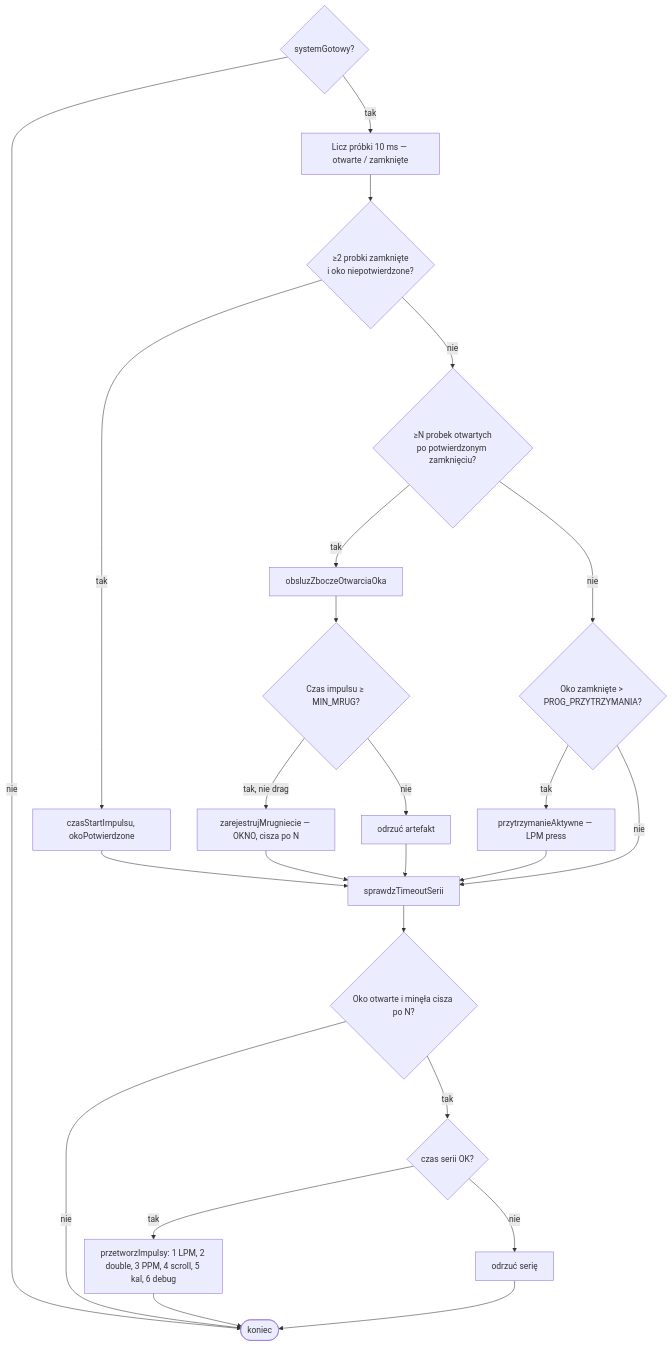
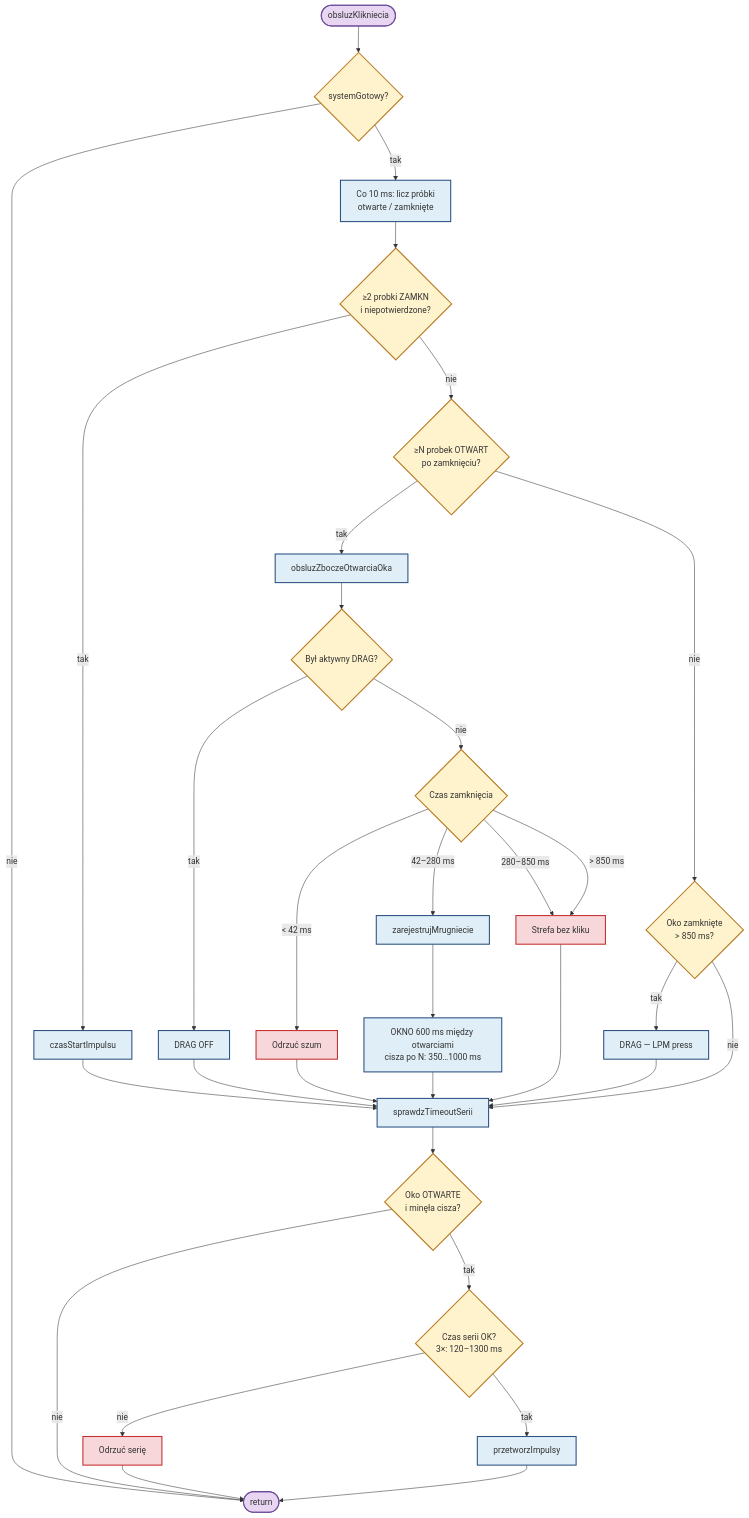
One commit to bartkadres-ai/HEFAS-4.0 changed the eighth of 10 diagrams in README.md. Above: the diagram before and after it, drawn with Mermaid. The commit also changed other lines of this file, not shown here.

````diff
--- a/README.md
+++ b/README.md
@@ -337,26 +535,49 @@
 ```mermaid
 flowchart TD
-    GOTOWY{systemGotowy?} -->|nie| KON([return])
-    GOTOWY -->|tak| PROBKI[Licz próbki 10 ms — otwarte / zamknięte]
-    PROBKI --> POTW{≥2 probki zamknięte<br/>i oko niepotwierdzone?}
-    POTW -->|tak| STARTI[czasStartImpulsu, okoPotwierdzone]
-    POTW -->|nie| OTWAR{≥N probek otwartych<br/>po potwierdzonym zamknięciu?}
-    OTWAR -->|tak| ZBOCZE[obsluzZboczeOtwarciaOka]
-    OTWAR -->|nie| DRAG{Oko zamknięte &gt; PROG_PRZYTRZYMANIA?}
-    ZBOCZE --> MIN{Czas impulsu ≥ MIN_MRUG?}
-    MIN -->|tak, nie drag| REJ[zarejestrujMrugniecie — OKNO, cisza po N]
-    MIN -->|nie| ODRZ[odrzuć artefakt]
-    DRAG -->|tak| DRAGON[przytrzymanieAktywne — LPM press]
-    STARTI --> TIME
-    REJ --> TIME
-    ODRZ --> TIME
-    DRAGON --> TIME
-    DRAG -->|nie| TIME[sprawdzTimeoutSerii]
-    TIME --> CISZA{Oko otwarte i minęła cisza po N?}
-    CISZA -->|tak| WALID{czas serii OK?}
-    WALID -->|tak| PROC[przetworzImpulsy: 1 LPM, 2 double, 3 PPM, 4 scroll, 5 kal, 6 debug]
-    WALID -->|nie| ODRZSER[odrzuć serię]
-    CISZA -->|nie| KON
-    PROC --> KON([koniec])
-    ODRZSER --> KON
+    M0([obsluzKlikniecia]) --> RDY{systemGotowy?}
+    RDY -->|nie| MX([return])
+    RDY -->|tak| CNT["Co 10 ms: licz próbki<br/>otwarte / zamknięte"]
+
+    CNT --> C1{≥2 probki ZAMKN<br/>i niepotwierdzone?}
+    C1 -->|tak| CS[czasStartImpulsu]
+    C1 -->|nie| C2{≥N probek OTWART<br/>po zamknięciu?}
+
+    C2 -->|tak| EDGE[obsluzZboczeOtwarciaOka]
+    C2 -->|nie| C3{Oko zamknięte<br/>&gt; 850 ms?}
+    C3 -->|tak| DRG[DRAG — LPM press]
+    C3 -->|nie| TM
+
+    EDGE --> E1{Był aktywny DRAG?}
+    E1 -->|tak| DRGOFF[DRAG OFF]
+    E1 -->|nie| E2{Czas zamknięcia}
+    E2 -->|"&lt; 42 ms"| ART[Odrzuć szum]
+    E2 -->|"42–280 ms"| REG[zarejestrujMrugniecie]
+    E2 -->|"280–850 ms"| STREFA[Strefa bez kliku]
+    E2 -->|"&gt; 850 ms"| STREFA
+
+    REG --> REGD["OKNO 600 ms między otwarciami<br/>cisza po N: 350…1000 ms"]
+
+    CS --> TM
+    DRG --> TM
+    DRGOFF --> TM
+    ART --> TM
+    STREFA --> TM
+    REGD --> TM[sprawdzTimeoutSerii]
+
+    TM --> T1{Oko OTWARTE<br/>i minęła cisza?}
+    T1 -->|nie| MX
+    T1 -->|tak| T2{Czas serii OK?<br/>3×: 120–1300 ms}
+    T2 -->|nie| DROP[Odrzuć serię]
+    T2 -->|tak| ACT[przetworzImpulsy]
+    DROP --> MX
+    ACT --> MX
+
+    classDef start fill:#e8d5f2,stroke:#6b4c9a,stroke-width:2px
+    classDef proc fill:#dfeef7,stroke:#2c5282,stroke-width:2px
+    classDef cond fill:#fff3cd,stroke:#b7791f,stroke-width:2px
+    classDef warn fill:#f8d7da,stroke:#c53030,stroke-width:2px
+    class M0,MX start
+    class CNT,CS,EDGE,DRG,DRGOFF,REG,REGD,TM,ACT proc
+    class RDY,C1,C2,C3,E1,E2,T1,T2 cond
+    class ART,STREFA,DROP warn
 ```
````
